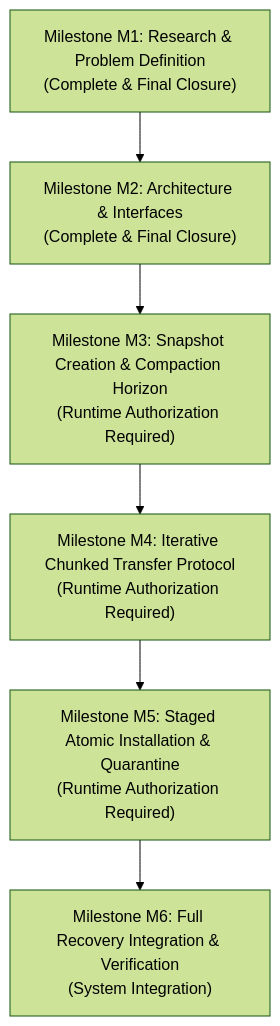
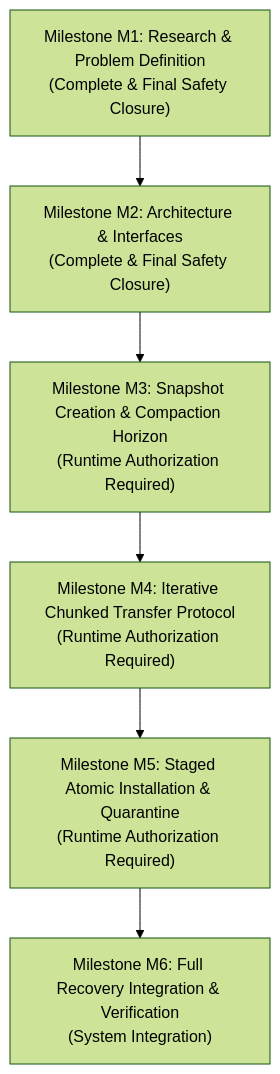
One commit to Tejdeepakchandra/SyncPlay_Protocol changed the diagram in docs/PHASE7_5_IMPLEMENTATION_ROADMAP.md. Above: the diagram before and after it, drawn with Mermaid (forest theme). The commit also changed other lines of this file and 5 other files, not shown here.

Commit message:
docs(phase-7.5): final compaction frontier safety correction and verification closure

````diff
--- a/docs/PHASE7_5_IMPLEMENTATION_ROADMAP.md
+++ b/docs/PHASE7_5_IMPLEMENTATION_ROADMAP.md
@@ -14,8 +14,8 @@
 ```mermaid
 flowchart TD
-    M1["Milestone M1: Research & Problem Definition<br/>(Complete & Final Closure)"] --> M2["Milestone M2: Architecture & Interfaces<br/>(Complete & Final Closure)"]
+    M1["Milestone M1: Research & Problem Definition<br/>(Complete & Final Safety Closure)"] --> M2["Milestone M2: Architecture & Interfaces<br/>(Complete & Final Safety Closure)"]
     M2 --> M3["Milestone M3: Snapshot Creation & Compaction Horizon<br/>(Runtime Authorization Required)"]
     M3 --> M4["Milestone M4: Iterative Chunked Transfer Protocol<br/>(Runtime Authorization Required)"]
     M4 --> M5["Milestone M5: Staged Atomic Installation & Quarantine<br/>(Runtime Authorization Required)"]
     M5 --> M6["Milestone M6: Full Recovery Integration & Verification<br/>(System Integration)"]
 ```
````
